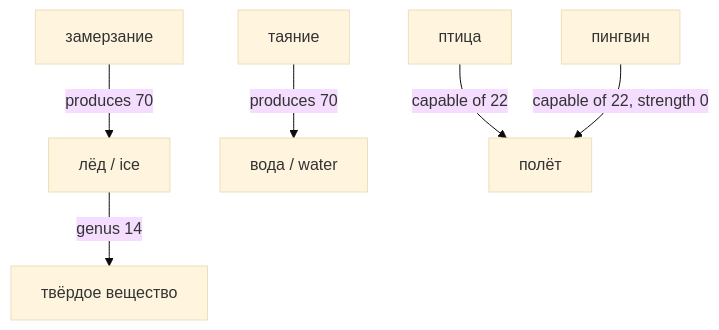
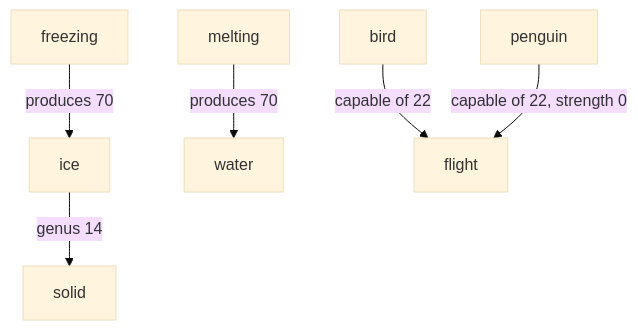
One commit to thpg/conceptuum changed the diagram in README.md. Above: the diagram before and after it, drawn with Mermaid (base theme). The commit also changed other lines of this file and 1 other file, not shown here.

````diff
--- a/README.md
+++ b/README.md
@@ -10,8 +10,8 @@
 ```mermaid
 graph TD
-  ice["лёд / ice"] -->|genus 14| solid["твёрдое вещество"]
-  freeze["замерзание"] -->|produces 70| ice
-  melt["таяние"] -->|produces 70| water["вода / water"]
-  bird["птица"] -->|capable of 22| fly["полёт"]
-  penguin["пингвин"] -->|capable of 22, strength 0| fly
+  ice["ice"] -->|genus 14| solid["solid"]
+  freeze["freezing"] -->|produces 70| ice
+  melt["melting"] -->|produces 70| water["water"]
+  bird["bird"] -->|capable of 22| fly["flight"]
+  penguin["penguin"] -->|capable of 22, strength 0| fly
 ```
````
